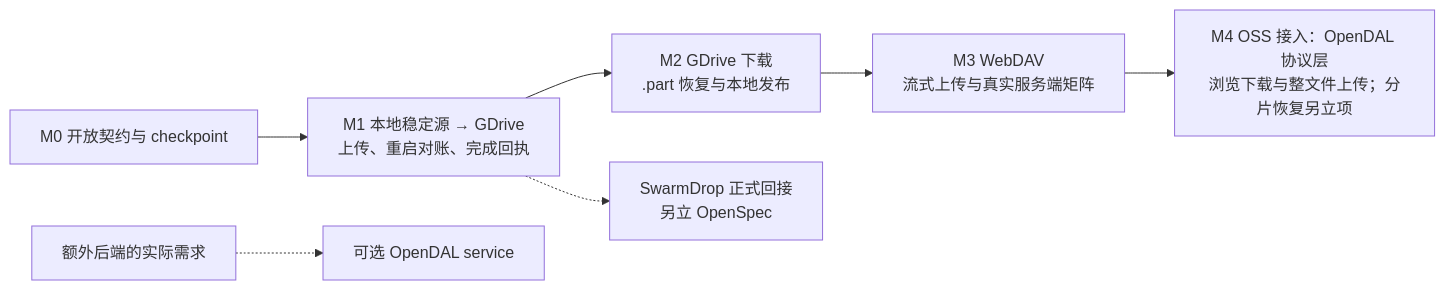
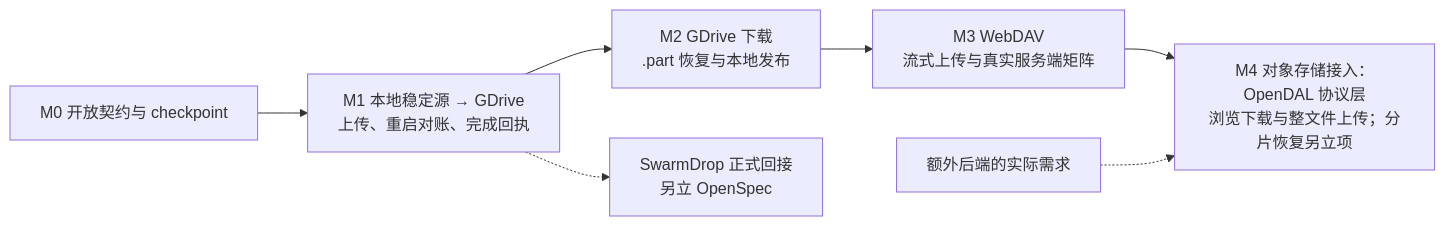
The third of 3 diagrams in docs/DESIGN.zh-CN.md (yexiyue/waybill), drawn with Mermaid before and after one commit. The commit also changed other lines of this file and 36 other files, not shown here.

Commit message:
feat(storage): add OpenDAL object storage integration

````diff
--- a/docs/DESIGN.zh-CN.md
+++ b/docs/DESIGN.zh-CN.md
@@ -434,14 +435,14 @@
 ```mermaid
 flowchart LR
     M0["M0 开放契约与 checkpoint"] --> M1["M1 本地稳定源 → GDrive
 上传、重启对账、完成回执"]
     M1 --> M2["M2 GDrive 下载
 .part 恢复与本地发布"]
     M2 --> M3["M3 WebDAV
 流式上传与真实服务端矩阵"]
-    M3 --> M4["M4 OSS 接入：OpenDAL 协议层
+    M3 --> M4["M4 对象存储接入：OpenDAL 协议层
 浏览下载与整文件上传；分片恢复另立项"]
     M1 -.-> APP["SwarmDrop 正式回接
 另立 OpenSpec"]
-    NEED["额外后端的实际需求"] -.-> OD["可选 OpenDAL service"]
+    NEED["额外后端的实际需求"] -.-> M4
 ```
````
